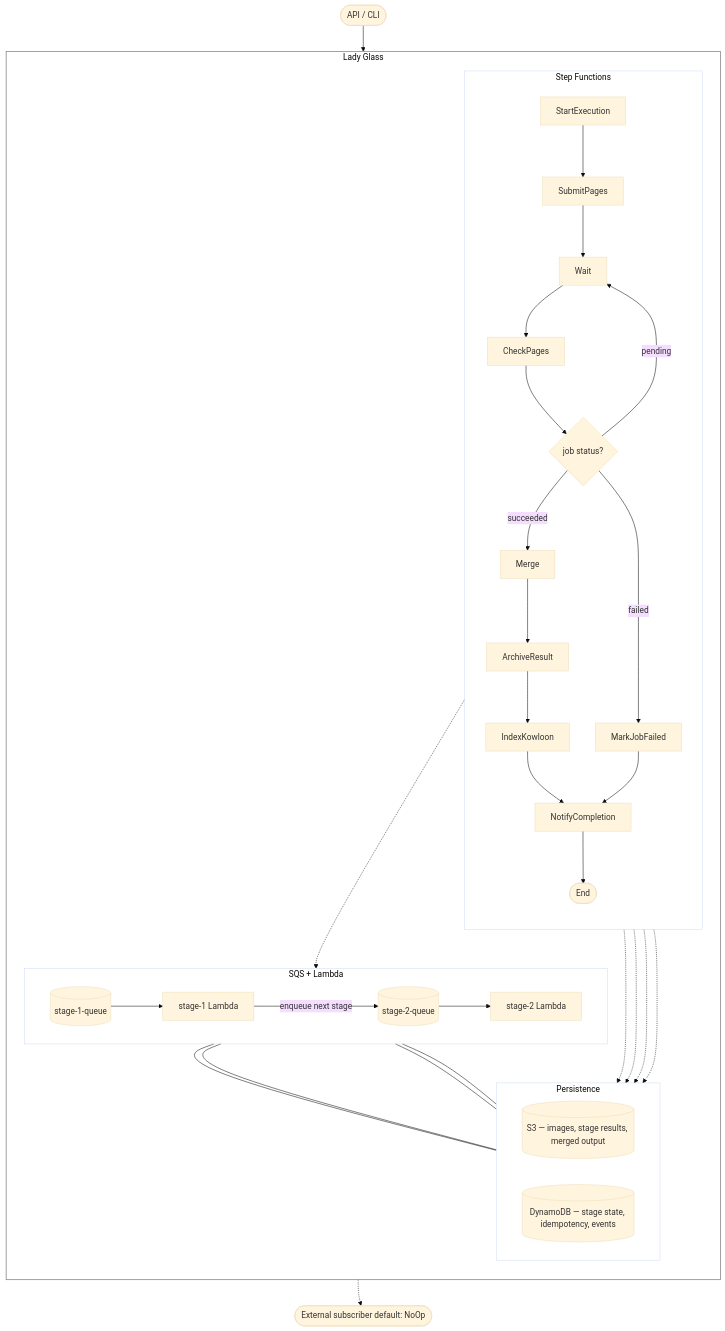
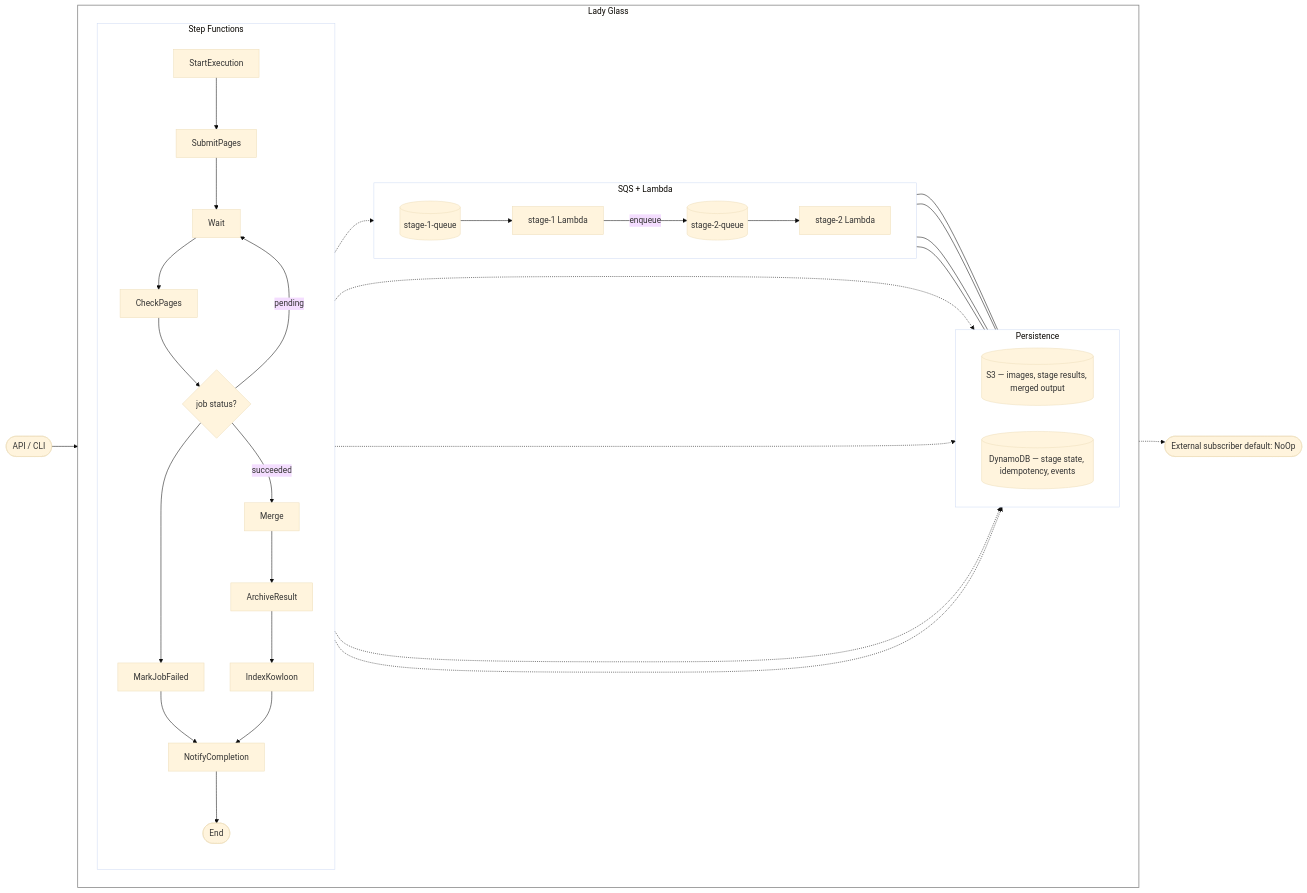
Before and after one commit to keix/lady-glass: the diagram in README.md, drawn with Mermaid (base theme). The commit also changed other lines of this file, not shown here.

Commit message:
README: switch architecture mermaid to LR
Forces the three inner subgraphs (SFN / CHAIN / PERSIST) to lay out
side-by-side instead of stacking vertically. flowchart LR at the top
and direction LR on the LG container do the work; SFN keeps its own
direction TB so the per-task chain stays a clean vertical column.

Also carries the small hand-edits already in the working tree: the
failed branch is declared first so MarkJobFailed sits to the left of
the success chain, and the enqueue-next-stage edge label collapses to
"enqueue".

````diff
--- a/README.md
+++ b/README.md
@@ -19,58 +19,58 @@
 ```mermaid
-flowchart TB
+flowchart LR
     User([API / CLI]) --> StartExec[StartExecution]
 
     subgraph LG["Lady Glass"]
-        direction TB
+        direction LR
 
         subgraph SFN["Step Functions"]
             direction TB
             StartExec --> SubmitPages
             SubmitPages --> WaitLoop[Wait]
             WaitLoop --> CheckPages
             CheckPages --> Choice{job status?}
             Choice -- pending --> WaitLoop
+            Choice --> MarkFailed[MarkJobFailed]
             Choice -- succeeded --> Merge
+            MarkFailed --> Notify[NotifyCompletion]
             Merge --> Archive[ArchiveResult]
             Archive --> Index[IndexKowloon]
             Index --> Notify[NotifyCompletion]
-            Choice -- failed --> MarkFailed[MarkJobFailed]
-            MarkFailed --> Notify
             Notify --> Done([End])
         end
 
         subgraph CHAIN["SQS + Lambda"]
             direction LR
             Q1[(stage-1-queue)] --> L1[stage-1 Lambda]
-            L1 -- enqueue next stage --> Q2[(stage-2-queue)]
+            L1 -- enqueue --> Q2[(stage-2-queue)]
             Q2 --> L2[stage-2 Lambda]
         end
 
         subgraph PERSIST["Persistence"]
             direction LR
             S3[(S3 — images, stage results, merged output)]
             DDB[(DynamoDB — stage state, idempotency, events)]
         end
     end
 
     Subscriber([External subscriber default: NoOp])
 
     SubmitPages -.-> Q1
     CheckPages -.-> DDB
     Merge -.-> DDB
     Merge -.-> S3
     Notify -.-> DDB
     Notify -.-> Subscriber
 
     L1 --- S3
     L1 --- DDB
     L2 --- S3
     L2 --- DDB
 
     Done ~~~ Subscriber
 
     style LG fill:none,stroke:#888,stroke-width:1.5px
     style SFN fill:none
     style CHAIN fill:none
     style PERSIST fill:none
 ```
````
